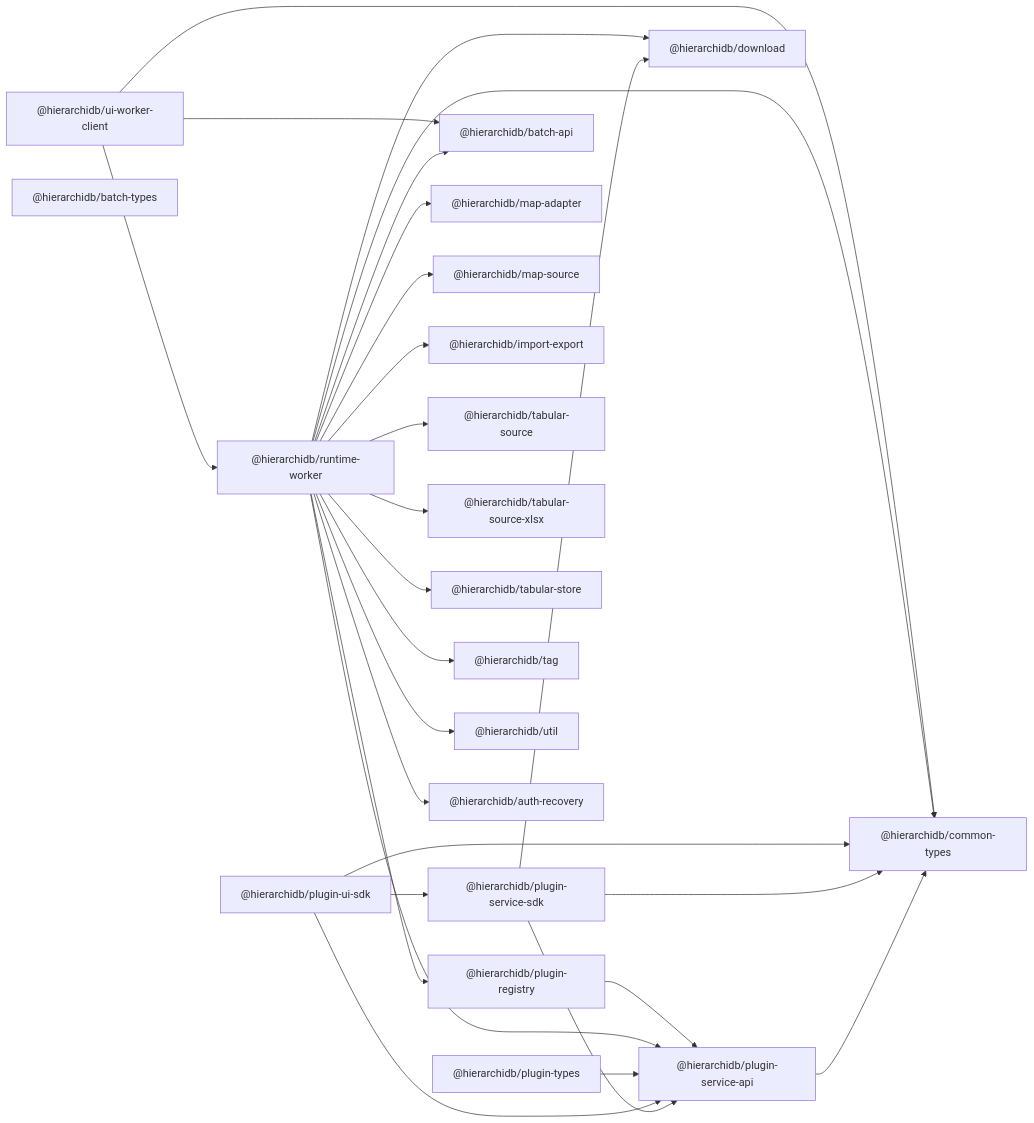
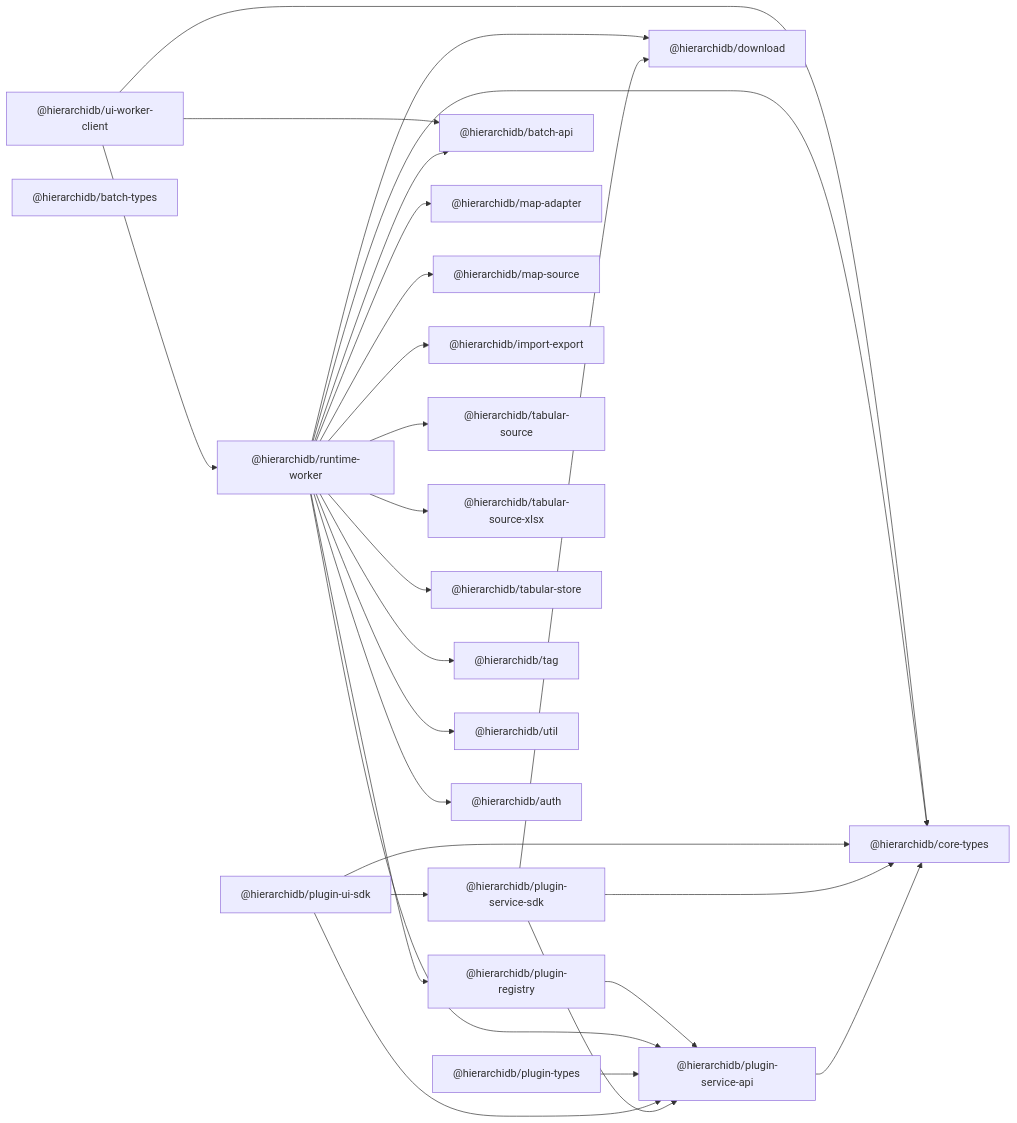
The diagram in docs/plugin-core-deps.md (kubohiroya/hierarchidb), drawn with Mermaid before and after one commit. The commit also changed 95 other files, not shown here.

First line of the commit message:
migrate(auth): remove `common-auth` and `auth-recovery` packages and consolidate into `@hierarchidb/auth`

````diff
--- a/docs/plugin-core-deps.md
+++ b/docs/plugin-core-deps.md
@@ -1,63 +1,63 @@
 ```mermaid
 graph LR
   %% Core SDK layer
   PSA["@hierarchidb/plugin-service-api"]
   PSS["@hierarchidb/plugin-service-sdk"]
   PUI["@hierarchidb/plugin-ui-sdk"]
   PTS["@hierarchidb/plugin-types"]
   PR["@hierarchidb/plugin-registry"]
 
   %% Runtime consumers
   RW["@hierarchidb/runtime-worker"]
   RC["@hierarchidb/ui-worker-client"]
 
   %% Shared libraries (light nodes)
-  CT["@hierarchidb/common-types"]
+  CT["@hierarchidb/core-types"]
   BA["@hierarchidb/batch-api"]
   BT["@hierarchidb/batch-types"]
   DL["@hierarchidb/download"]
   MAP["@hierarchidb/map-adapter"]
   MS["@hierarchidb/map-source"]
   IE["@hierarchidb/import-export"]
   TS["@hierarchidb/tabular-source"]
   TSX["@hierarchidb/tabular-source-xlsx"]
   TST["@hierarchidb/tabular-store"]
   TAG["@hierarchidb/tag"]
   UTIL["@hierarchidb/util"]
-  AUTH["@hierarchidb/auth-recovery"]
+  AUTH["@hierarchidb/auth"]
 
   %% Edges from core SDK packages
   PSA --> CT
 
   PSS --> PSA
   PSS --> CT
   PSS --> DL
 
   PUI --> PSS
   PUI --> PSA
   PUI --> CT
 
   PTS --> PSA
 
   %% Runtime dependencies
   RW --> PR
   RW --> PSA
   RW --> BA
   RW --> CT
   RW --> MAP
   RW --> MS
   RW --> IE
   RW --> DL
   RW --> TS
   RW --> TSX
   RW --> TST
   RW --> TAG
   RW --> UTIL
   RW --> AUTH
 
   RC --> RW
   RC --> BA
   RC --> CT
 
   PR --> PSA
 ```
````
